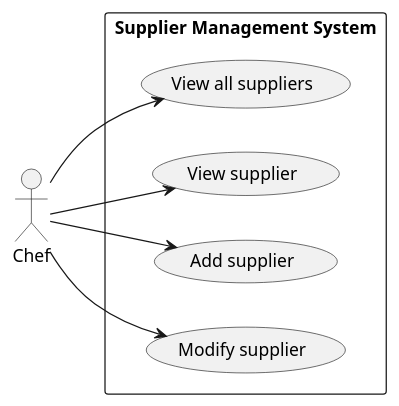
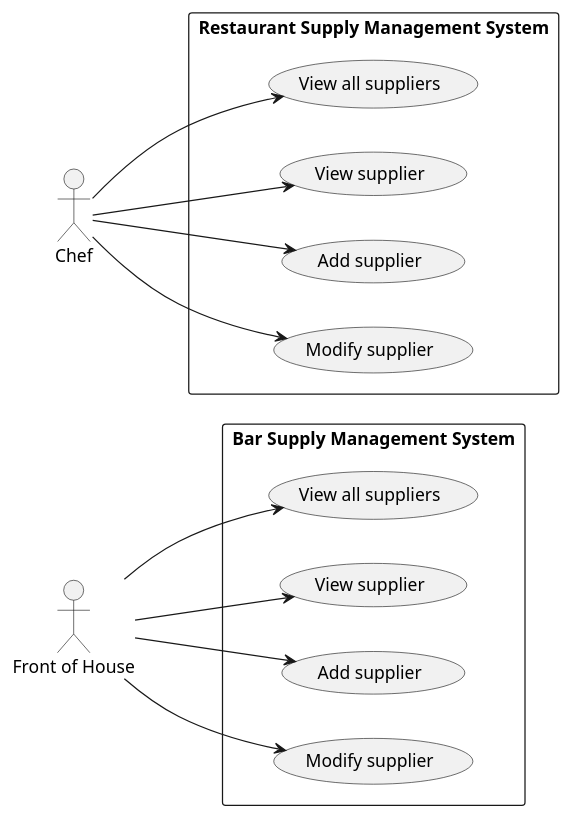
Before and after one commit to mrjink/molveno: the diagram in src/main/docs/uml/use-case/restaurant/supplier.puml, drawn with PlantUML. The commit also changed 5 other files, not shown here.

Commit message:
Updated UML

```diff
--- a/src/main/docs/uml/use-case/restaurant/supplier.puml
+++ b/src/main/docs/uml/use-case/restaurant/supplier.puml
@@ -1,19 +1,32 @@
 @startuml
 
 left to right direction
 
+actor "Front of House" as FoH
 actor Chef
 
-rectangle "Supplier Management System" {
-    (View all suppliers) as (SupplierAll)
-    (View supplier) as (SupplierView)
-    (Add supplier) as (SupplierAdd)
-    (Modify supplier) as (SupplierUpdate)
+rectangle "Bar Supply Management System" {
+    (View all suppliers) as (BarSupplyAll)
+    (View supplier) as (BarSupplyView)
+    (Add supplier) as (BarSupplyAdd)
+    (Modify supplier) as (BarSupplyUpdate)
 
-    Chef --> (SupplierAll)
-    Chef --> (SupplierView)
-    Chef --> (SupplierAdd)
-    Chef --> (SupplierUpdate)
+    FoH --> (BarSupplyAll)
+    FoH --> (BarSupplyView)
+    FoH --> (BarSupplyAdd)
+    FoH --> (BarSupplyUpdate)
+}
+
+rectangle "Restaurant Supply Management System" {
+    (View all suppliers) as (RestaurantSupplyAll)
+    (View supplier) as (RestaurantSupplyView)
+    (Add supplier) as (RestaurantSupplyAdd)
+    (Modify supplier) as (RestaurantSupplyUpdate)
+
+    Chef --> (RestaurantSupplyAll)
+    Chef --> (RestaurantSupplyView)
+    Chef --> (RestaurantSupplyAdd)
+    Chef --> (RestaurantSupplyUpdate)
 }
 
 @enduml
```
